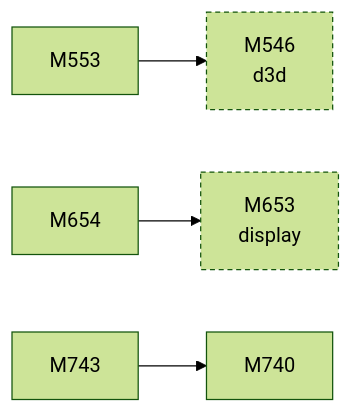
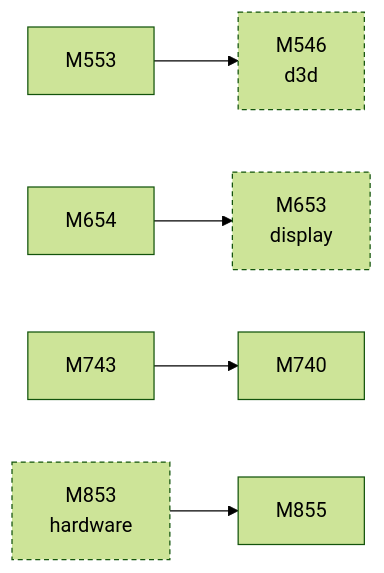
The second of 2 diagrams in docs/facts/graphs/tooling.md (D-Ogi/amdgpu-wddm), drawn with Mermaid (forest theme) before and after one commit. The commit also changed 25 other files, not shown here.

````diff
--- a/docs/facts/graphs/tooling.md
+++ b/docs/facts/graphs/tooling.md
@@ -23,14 +23,17 @@
 ```mermaid
 flowchart LR
   M546["M546<br/>d3d"]
   M553["M553"]
   M653["M653<br/>display"]
   M654["M654"]
   M740["M740"]
   M743["M743"]
+  M853["M853<br/>hardware"]
+  M855["M855"]
+  M853 --> M855
   M553 --> M546
   M654 --> M653
   M743 --> M740
   classDef other stroke-dasharray:4 3
-  class M546,M653 other
+  class M546,M653,M853 other
 ```
````
